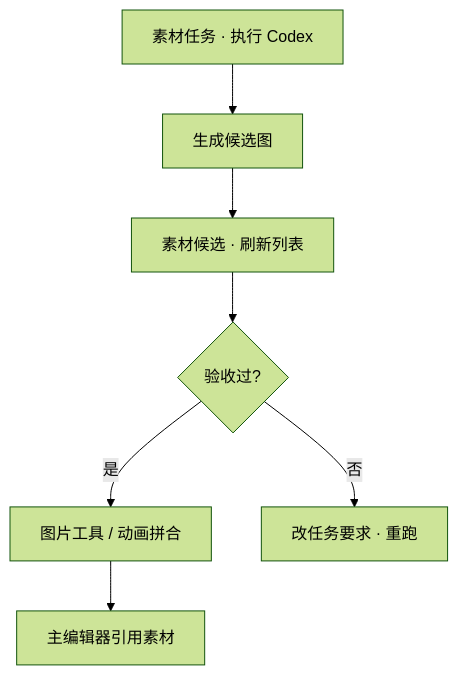
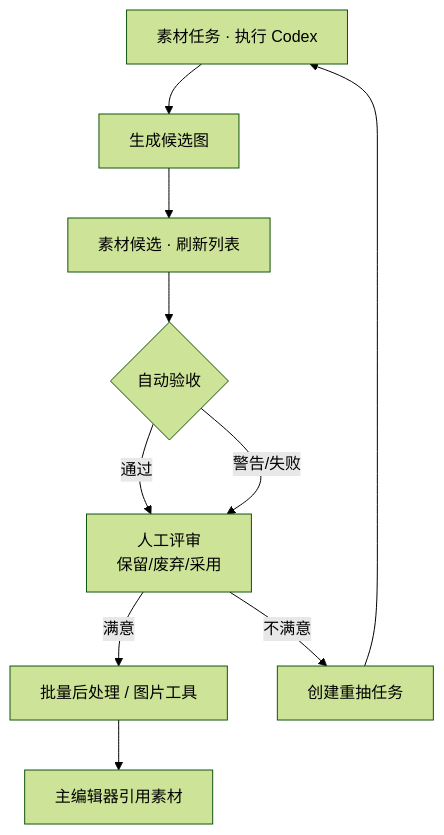
One commit to wubugui/GDoc changed the diagram in docs/editors/workbench/asset-candidate.md. Above: the diagram before and after it, drawn with Mermaid (forest theme). The commit also changed other lines of this file and 112 other files, not shown here.

````diff
--- a/docs/editors/workbench/asset-candidate.md
+++ b/docs/editors/workbench/asset-candidate.md
@@ -32,9 +33,12 @@
 ```mermaid
 flowchart TB
     TASK[素材任务 · 执行 Codex] --> GEN[生成候选图]
     GEN --> CAND[素材候选 · 刷新列表]
-    CAND --> PASS{验收过?}
-    PASS -->|是| READY[图片工具 / 动画拼合]
-    PASS -->|否| RETRY[改任务要求 · 重跑]
-    READY --> ED[主编辑器引用素材]
+    CAND --> AUTO{自动验收}
+    AUTO -->|通过| REVIEW[人工评审<br/>保留/废弃/采用]
+    AUTO -->|警告/失败| REVIEW
+    REVIEW -->|满意| POST[批量后处理 / 图片工具]
+    REVIEW -->|不满意| REDRAW[创建重抽任务]
+    POST --> ED[主编辑器引用素材]
+    REDRAW --> TASK
 ```
````
